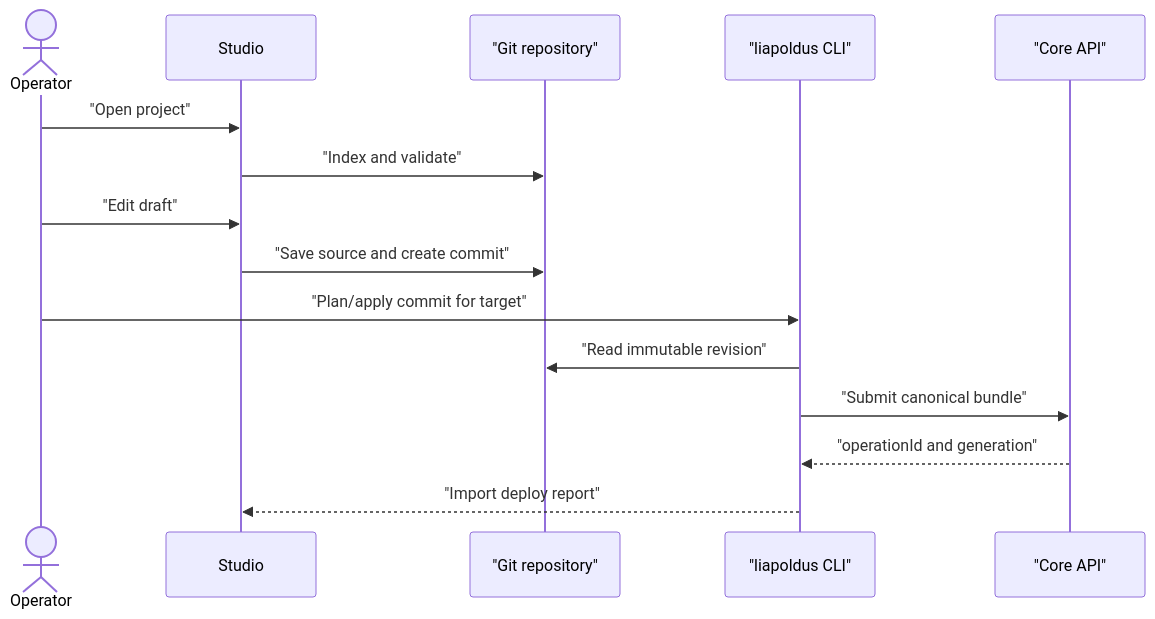
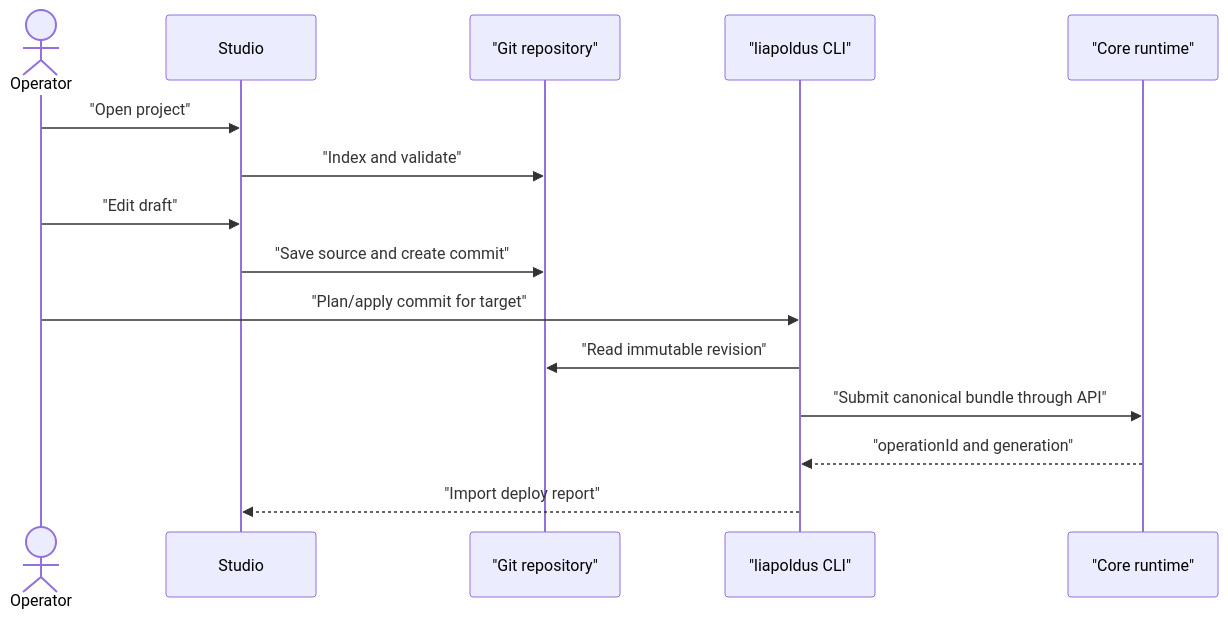
The diagram in docs/diagrams/studio-project-sync.mmd (Liapoldus/studio), drawn with Mermaid before and after one commit. The commit also changed 2 other files, not shown here.

Commit message:
docs: очистить Studio контекст от Core connection legacy

```diff
--- a/docs/diagrams/studio-project-sync.mmd
+++ b/docs/diagrams/studio-project-sync.mmd
@@ -1,15 +1,15 @@
 sequenceDiagram
     actor Operator
     participant Studio
     participant Git as "Git repository"
     participant CLI as "liapoldus CLI"
-    participant Core as "Core API"
+    participant Core as "Core runtime"
     Operator->>Studio: "Open project"
     Studio->>Git: "Index and validate"
     Operator->>Studio: "Edit draft"
     Studio->>Git: "Save source and create commit"
     Operator->>CLI: "Plan/apply commit for target"
     CLI->>Git: "Read immutable revision"
-    CLI->>Core: "Submit canonical bundle"
+    CLI->>Core: "Submit canonical bundle through API"
     Core-->>CLI: "operationId and generation"
     CLI-->>Studio: "Import deploy report"
```
